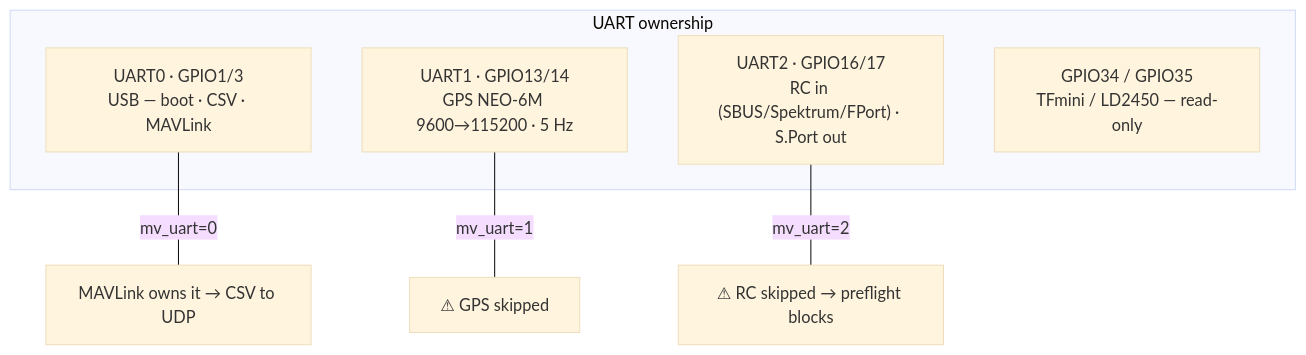
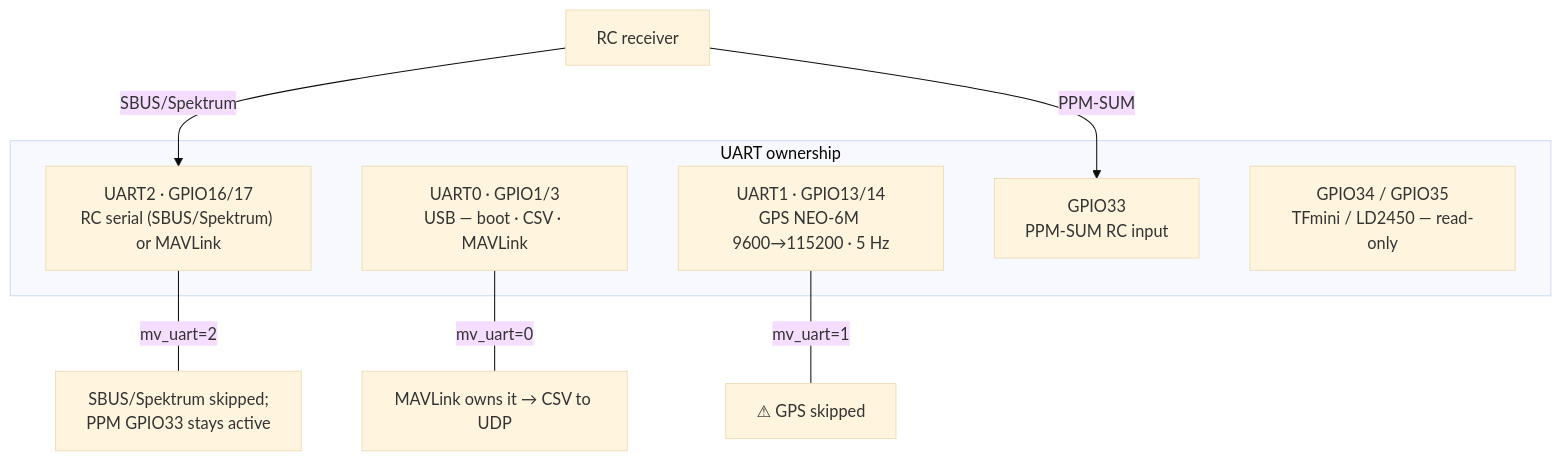
One commit to djtrance/ardroneReBorn changed the third of 3 diagrams in esp32-airplane/docs/wiring.md. Above: the diagram before and after it, drawn with Mermaid (base theme). The commit also changed other lines of this file and 13 other files, not shown here.

First line of the commit message:
esp32: implement PPM-SUM RC input on GPIO33; free UART2 for MAVLink

````diff
--- a/esp32-airplane/docs/wiring.md
+++ b/esp32-airplane/docs/wiring.md
@@ -326,12 +335,15 @@
 ```mermaid
 graph TB
     subgraph alloc["UART ownership"]
         A0["UART0 · GPIO1/3<br/>USB — boot · CSV · MAVLink"]
         A1["UART1 · GPIO13/14<br/>GPS NEO-6M 9600→115200 · 5 Hz"]
-        A2["UART2 · GPIO16/17<br/>RC in (SBUS/Spektrum/FPort) · S.Port out"]
-        A3["GPIO34 / GPIO35<br/>TFmini / LD2450 — read-only"]
+    A2["UART2 · GPIO16/17<br/>RC serial (SBUS/Spektrum) or MAVLink"]
+    AP["GPIO33<br/>PPM-SUM RC input"]
+    A3["GPIO34 / GPIO35<br/>TFmini / LD2450 — read-only"]
     end
+    RX["RC receiver"] -->|"SBUS/Spektrum"| A2
+    RX -->|"PPM-SUM"| AP
     A0 ---|mv_uart=0| M0["MAVLink owns it → CSV to UDP"]
     A1 ---|mv_uart=1| M1["⚠ GPS skipped"]
-    A2 ---|mv_uart=2| M2["⚠ RC skipped → preflight blocks"]
+    A2 ---|mv_uart=2| M2["SBUS/Spektrum skipped;<br/>PPM GPIO33 stays active"]
 ```
````
